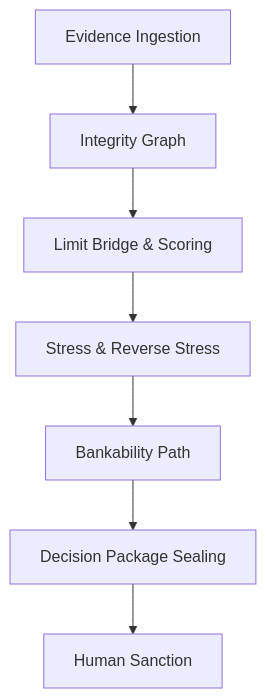
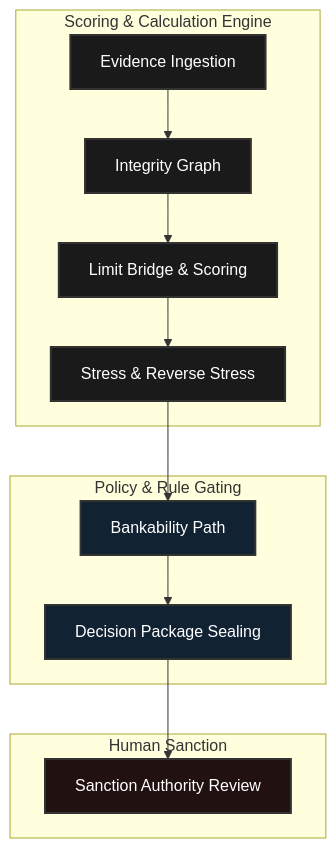
Before and after one commit to Sauravssoni/IDBI-INNOVATE-2026: the diagram in README.md, drawn with Mermaid. The commit also changed other lines of this file and 4 other files, not shown here.

````diff
--- a/README.md
+++ b/README.md
@@ -21,9 +14,25 @@
 ```mermaid
 graph TD;
-    A[Evidence Ingestion] --> B[Integrity Graph]
-    B --> C[Limit Bridge & Scoring]
-    C --> D[Stress & Reverse Stress]
-    D --> E[Bankability Path]
-    E --> F[Decision Package Sealing]
-    F --> G[Human Sanction]
+    subgraph Engine [Scoring & Calculation Engine]
+        A[Evidence Ingestion] --> B[Integrity Graph]
+        B --> C[Limit Bridge & Scoring]
+        C --> D[Stress & Reverse Stress]
+    end
+    
+    subgraph Gating [Policy & Rule Gating]
+        D --> E[Bankability Path]
+        E --> F[Decision Package Sealing]
+    end
+    
+    subgraph Human [Human Sanction]
+        F --> G[Sanction Authority Review]
+    end
+    
+    classDef engine fill:#1a1a1a,stroke:#333,stroke-width:2px,color:#fff;
+    classDef gating fill:#112233,stroke:#333,stroke-width:2px,color:#fff;
+    classDef human fill:#221111,stroke:#333,stroke-width:2px,color:#fff;
+    
+    class A,B,C,D engine;
+    class E,F gating;
+    class G human;
 ```
````
